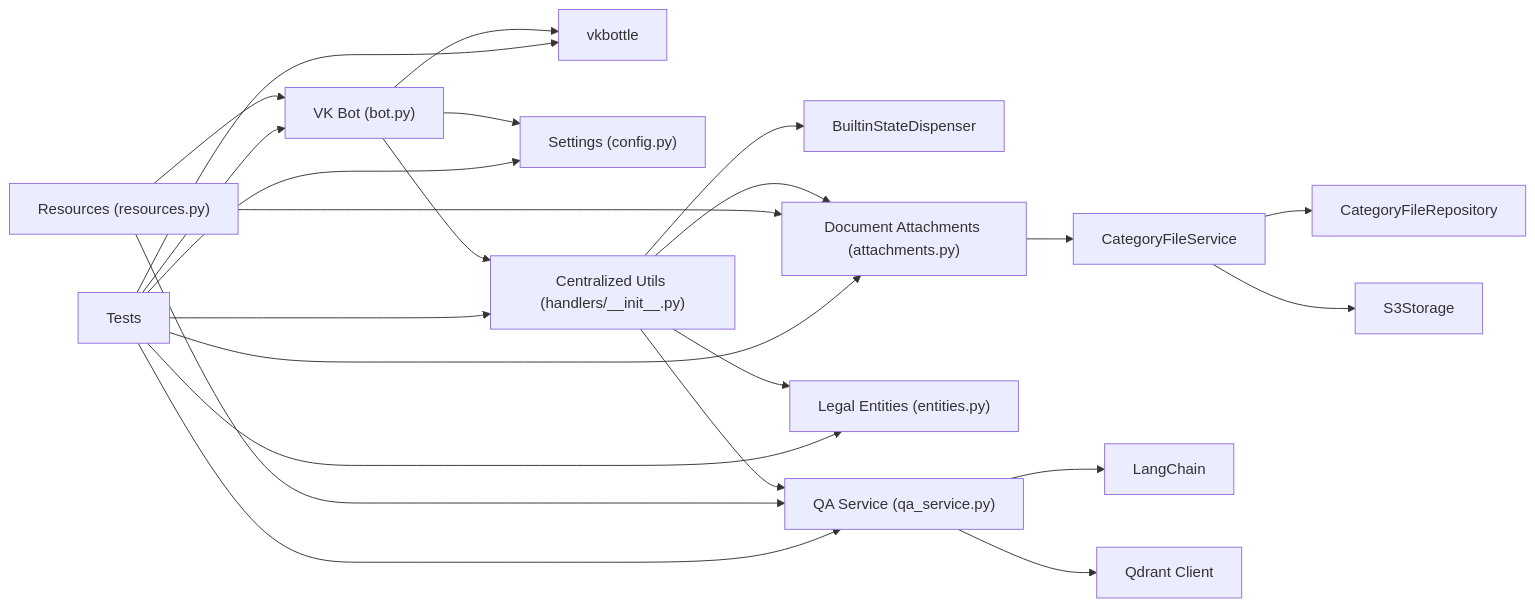
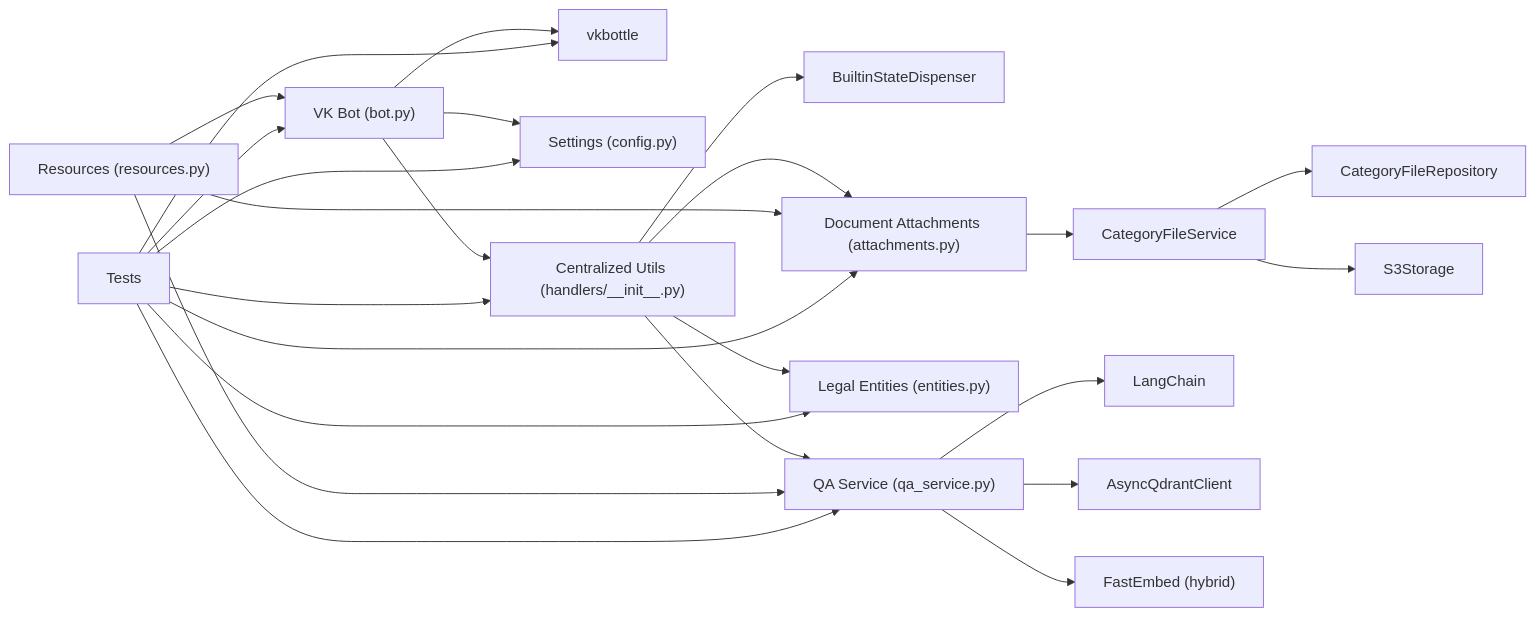
Before and after one commit to ognelis/cafetera_hr_bot: diagram 25 of 25 in .qoder/repowiki/en/content/VK Integration/VK Integration.md, drawn with Mermaid. The commit also changed other lines of this file and 25 other files, not shown here.

````diff
--- a/.qoder/repowiki/en/content/VK Integration/VK Integration.md
+++ b/.qoder/repowiki/en/content/VK Integration/VK Integration.md
@@ -1132,25 +1307,26 @@
 ```mermaid
 graph LR
 VKBot["VK Bot (bot.py)"] --> VKFw["vkbottle"]
 VKBot --> Cfg["Settings (config.py)"]
 VKBot --> Utils["Centralized Utils (handlers/__init__.py)"]
 Utils --> SD["BuiltinStateDispenser"]
 Utils --> QA["QA Service (qa_service.py)"]
 Utils --> Entities["Legal Entities (entities.py)"]
 Utils --> Attachments["Document Attachments (attachments.py)"]
 Attachments --> CFService["CategoryFileService"]
 CFService --> CFRepo["CategoryFileRepository"]
 CFService --> S3["S3Storage"]
 QA --> LangChain["LangChain"]
-QA --> Qdrant["Qdrant Client"]
+QA --> AsyncQdrant["AsyncQdrantClient"]
+QA --> FastEmbed["FastEmbed (hybrid)"]
 Resources["Resources (resources.py)"] --> VKBot
 Resources --> QA
 Resources --> Attachments
 Tests["Tests"] --> VKBot
 Tests --> Utils
 Tests --> QA
 Tests --> Entities
 Tests --> Attachments
 Tests --> VKFw
 Tests --> Cfg
 ```
````
